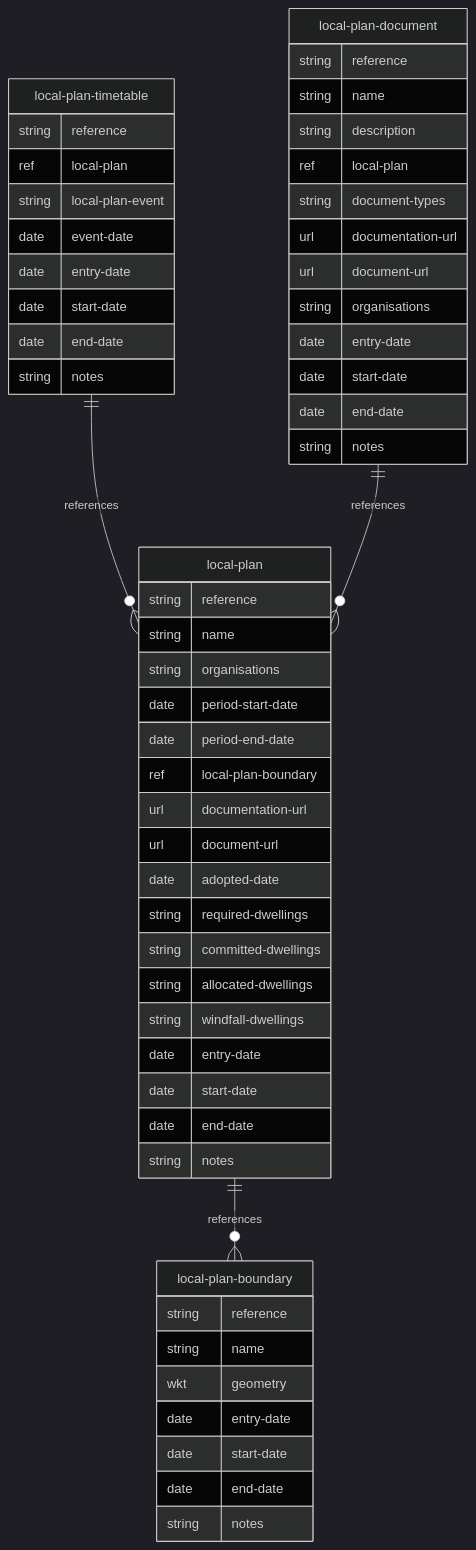
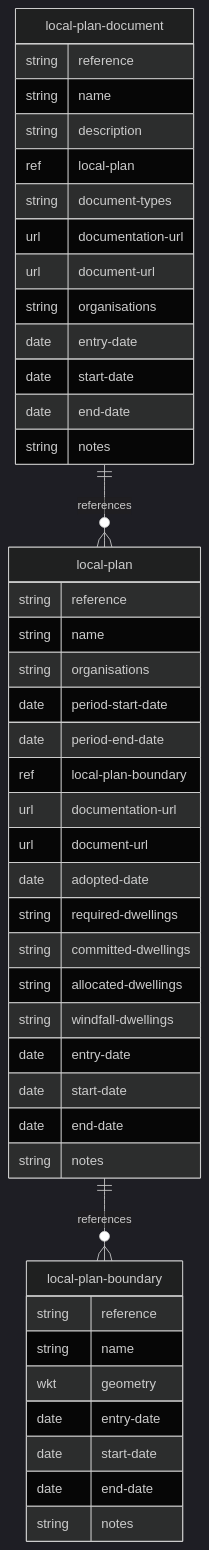
One commit to digital-land/specification changed the diagram in docs/mermaid/local-plan.md. Above: the diagram before and after it, drawn with Mermaid (dark theme). The commit also changed other lines of this file and 124 other files, not shown here.

````diff
--- a/docs/mermaid/local-plan.md
+++ b/docs/mermaid/local-plan.md
@@ -4,58 +4,47 @@
 ```mermaid
 erDiagram
     local-plan-boundary {
         string reference
         string name
         wkt geometry
         date entry-date
         date start-date
         date end-date
         string notes
     }
     local-plan {
         string reference
         string name
         string organisations
         date period-start-date
         date period-end-date
         ref local-plan-boundary
         url documentation-url
         url document-url
         date adopted-date
         string required-dwellings
         string committed-dwellings
         string allocated-dwellings
         string windfall-dwellings
         date entry-date
         date start-date
         date end-date
         string notes
     }
-    local-plan-timetable {
-        string reference
-        ref local-plan
-        string local-plan-event
-        date event-date
-        date entry-date
-        date start-date
-        date end-date
-        string notes
-    }
     local-plan-document {
         string reference
         string name
         string description
         ref local-plan
         string document-types
         url documentation-url
         url document-url
         string organisations
         date entry-date
         date start-date
         date end-date
         string notes
     }
     local-plan ||--o{ local-plan-boundary : references
-    local-plan-timetable ||--o{ local-plan : references
     local-plan-document ||--o{ local-plan : references
 ```
````
